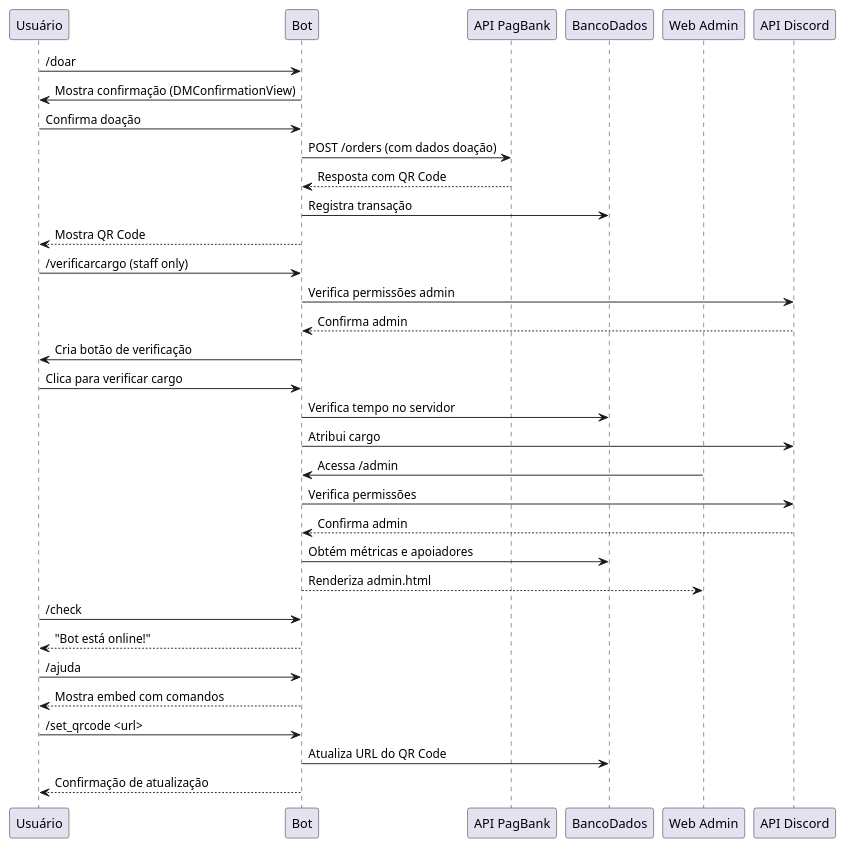
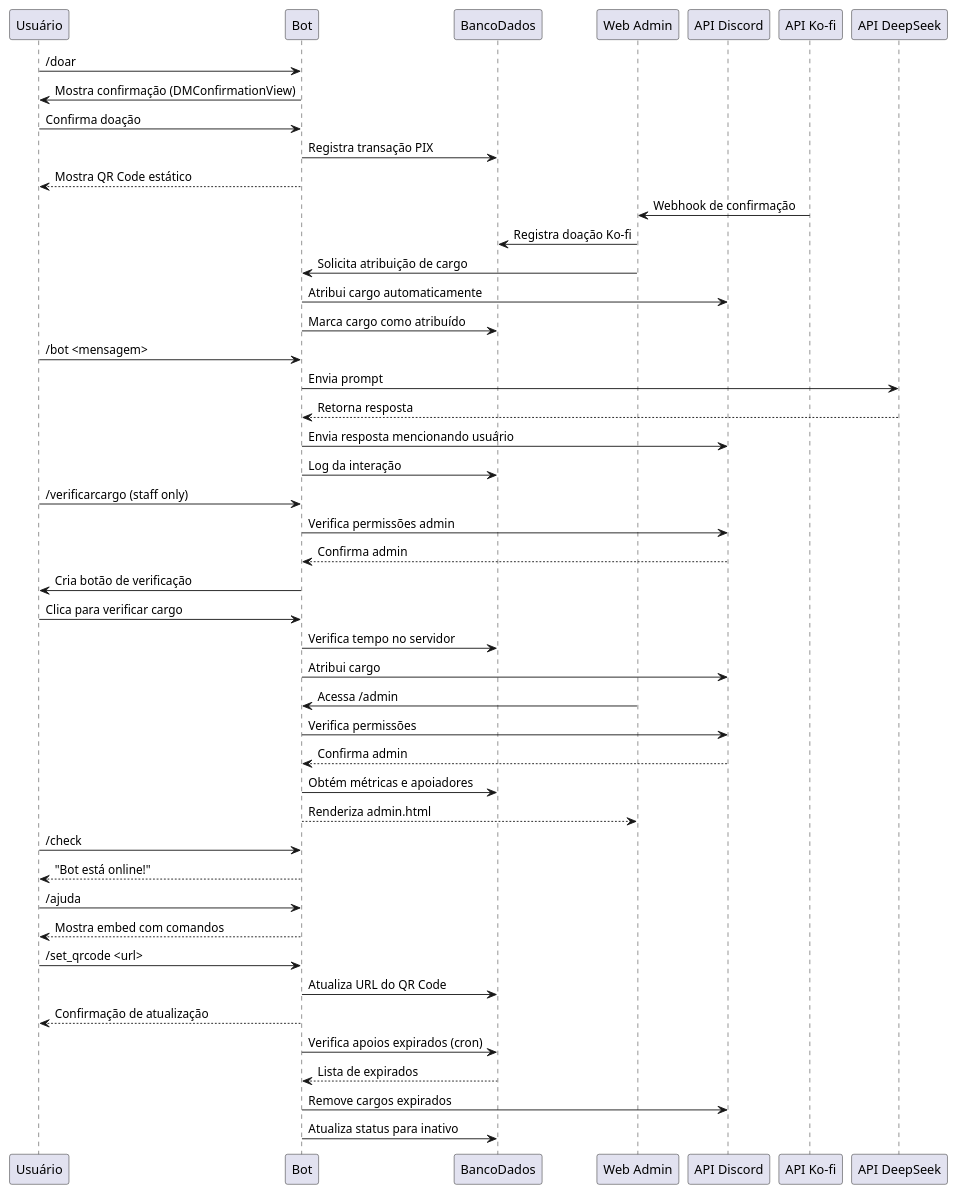
The diagram in docs/fluxogeral.puml (AnthonyLuciano/HugMe-DiscordBot), drawn with PlantUML before and after one commit. The commit also changed 2 other files, not shown here.

```diff
--- a/docs/fluxogeral.puml
+++ b/docs/fluxogeral.puml
@@ -1,45 +1,64 @@
 @startuml FluxoGeral
 participant Usuário
 participant Bot
-participant "API PagBank" as PagBank
 participant BancoDados
 participant "Web Admin" as Web
 participant "API Discord" as DiscordAPI
+participant "API Ko-fi" as KoFiAPI
+participant "API DeepSeek" as DeepSeek
 
 ' Fluxo de Doação via PIX
 Usuário -> Bot: /doar
 Bot -> Usuário: Mostra confirmação (DMConfirmationView)
 Usuário -> Bot: Confirma doação
-Bot -> PagBank: POST /orders (com dados doação)
-PagBank --> Bot: Resposta com QR Code
-Bot -> BancoDados: Registra transação
-Bot --> Usuário: Mostra QR Code
+Bot -> BancoDados: Registra transação PIX
+Bot --> Usuário: Mostra QR Code estático
+
+' Fluxo de Doação via Ko-fi (Webhook)
+KoFiAPI -> Web: Webhook de confirmação
+Web -> BancoDados: Registra doação Ko-fi
+Web -> Bot: Solicita atribuição de cargo
+Bot -> DiscordAPI: Atribui cargo automaticamente
+Bot -> BancoDados: Marca cargo como atribuído
+
+' Fluxo de Conversação com IA
+Usuário -> Bot: /bot <mensagem>
+Bot -> DeepSeek: Envia prompt
+DeepSeek --> Bot: Retorna resposta
+Bot -> DiscordAPI: Envia resposta mencionando usuário
+Bot -> BancoDados: Log da interação
 
 ' Fluxo de Verificação de Cargo
 Usuário -> Bot: /verificarcargo (staff only)
 Bot -> DiscordAPI: Verifica permissões admin
 DiscordAPI --> Bot: Confirma admin
 Bot -> Usuário: Cria botão de verificação
 Usuário -> Bot: Clica para verificar cargo
 Bot -> BancoDados: Verifica tempo no servidor
 Bot -> DiscordAPI: Atribui cargo
 
 ' Fluxo Web Admin
 Web -> Bot: Acessa /admin
 Bot -> DiscordAPI: Verifica permissões
 DiscordAPI --> Bot: Confirma admin
 Bot -> BancoDados: Obtém métricas e apoiadores
 Bot --> Web: Renderiza admin.html
 
 ' Fluxo de Comandos Básicos
 Usuário -> Bot: /check
 Bot --> Usuário: "Bot está online!"
 
 Usuário -> Bot: /ajuda
 Bot --> Usuário: Mostra embed com comandos
 
 ' Fluxo de Configuração QR Code (Admin)
 Usuário -> Bot: /set_qrcode <url>
 Bot -> BancoDados: Atualiza URL do QR Code
 Bot --> Usuário: Confirmação de atualização
+
+' Fluxo de Expiração Automática
+Bot -> BancoDados: Verifica apoios expirados (cron)
+BancoDados --> Bot: Lista de expirados
+Bot -> DiscordAPI: Remove cargos expirados
+Bot -> BancoDados: Atualiza status para inativo
 @enduml
```
